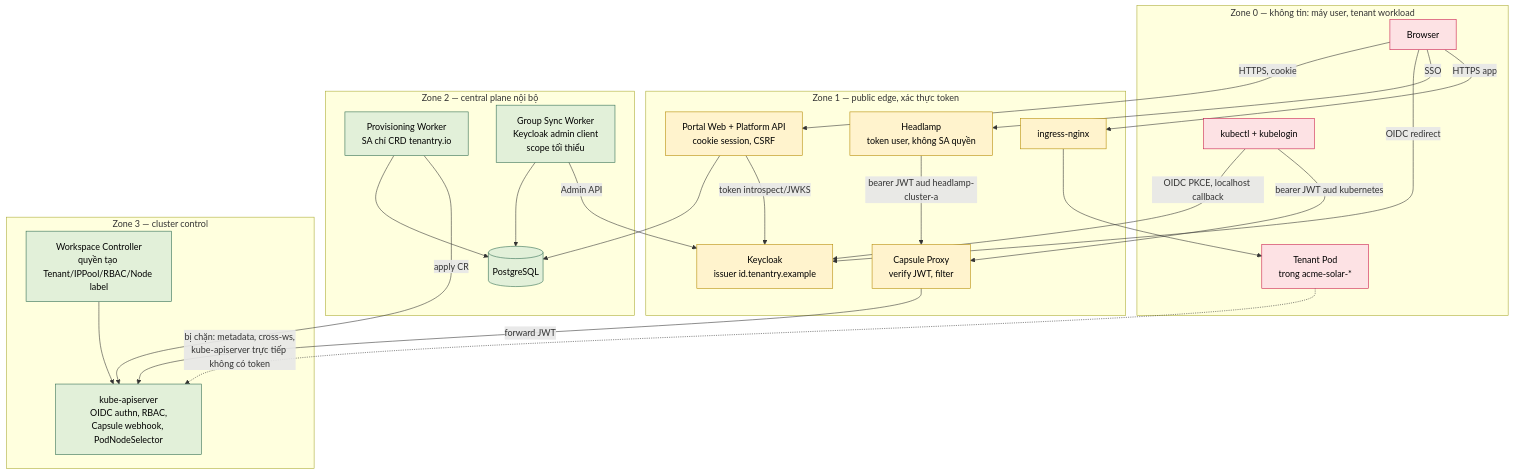
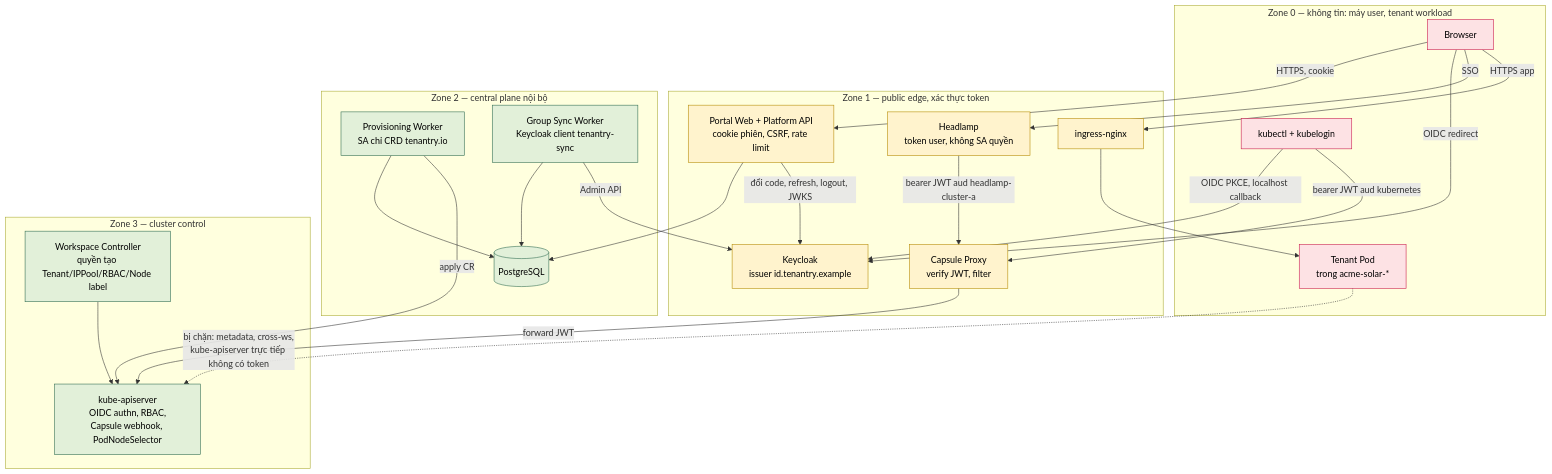
The first of 4 diagrams in docs/architecture/06-security-and-identity.md (thaihoc1310/tenantry), drawn with Mermaid before and after one commit. The commit also changed other lines of this file and 12 other files, not shown here.

Commit message:
docs: single-source the docs, tie portal sessions to Keycloak, tombstone group sync

````diff
--- a/docs/architecture/06-security-and-identity.md
+++ b/docs/architecture/06-security-and-identity.md
@@ -10,49 +9,49 @@
 ```mermaid
 flowchart TB
   classDef untrusted fill:#fde2e4,stroke:#c9184a,color:#000
   classDef semi fill:#fff3cd,stroke:#b58900,color:#000
   classDef trusted fill:#e2f0d9,stroke:#2d6a4f,color:#000
 
   subgraph Z0["Zone 0 — không tin: máy user, tenant workload"]
     B["Browser"]:::untrusted
     K["kubectl + kubelogin"]:::untrusted
     Pod["Tenant Pod<br/>trong acme-solar-*"]:::untrusted
   end
 
   subgraph Z1["Zone 1 — public edge, xác thực token"]
-    Portal["Portal Web + Platform API<br/>cookie session, CSRF"]:::semi
+    Portal["Portal Web + Platform API<br/>cookie phiên, CSRF, rate limit"]:::semi
     KC["Keycloak<br/>issuer id.tenantry.example"]:::semi
     CP["Capsule Proxy<br/>verify JWT, filter"]:::semi
     HL["Headlamp<br/>token user, không SA quyền"]:::semi
     Ing["ingress-nginx"]:::semi
   end
 
   subgraph Z2["Zone 2 — central plane nội bộ"]
     PG[("PostgreSQL")]:::trusted
     PW["Provisioning Worker<br/>SA chỉ CRD tenantry.io"]:::trusted
-    GS["Group Sync Worker<br/>Keycloak admin client<br/>scope tối thiểu"]:::trusted
+    GS["Group Sync Worker<br/>Keycloak client tenantry-sync"]:::trusted
   end
 
   subgraph Z3["Zone 3 — cluster control"]
     APIS["kube-apiserver<br/>OIDC authn, RBAC,<br/>Capsule webhook, PodNodeSelector"]:::trusted
     WC["Workspace Controller<br/>quyền tạo Tenant/IPPool/RBAC/Node label"]:::trusted
   end
 
   B -->|"HTTPS, cookie"| Portal
   B -->|"OIDC redirect"| KC
   K -->|"OIDC PKCE, localhost callback"| KC
   K -->|"bearer JWT aud kubernetes"| CP
   B -->|"SSO"| HL
   HL -->|"bearer JWT aud headlamp-cluster-a"| CP
   Portal --> PG
-  Portal -->|"token introspect/JWKS"| KC
+  Portal -->|"đổi code, refresh, logout, JWKS"| KC
   PW --> PG
   PW -->|"apply CR"| APIS
   GS --> PG
   GS -->|"Admin API"| KC
   CP -->|"forward JWT"| APIS
   WC --> APIS
   Pod -.->|"bị chặn: metadata, cross-ws,<br/>kube-apiserver trực tiếp không có token"| APIS
   B -->|"HTTPS app"| Ing
   Ing --> Pod
 ```
````
